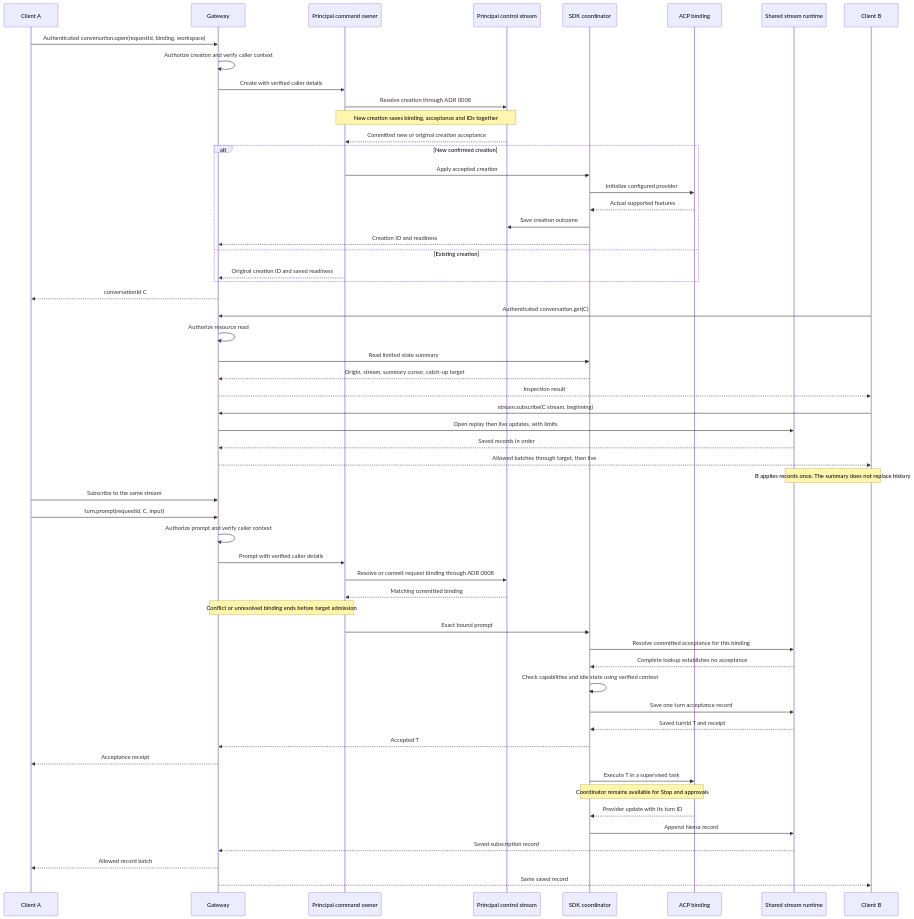
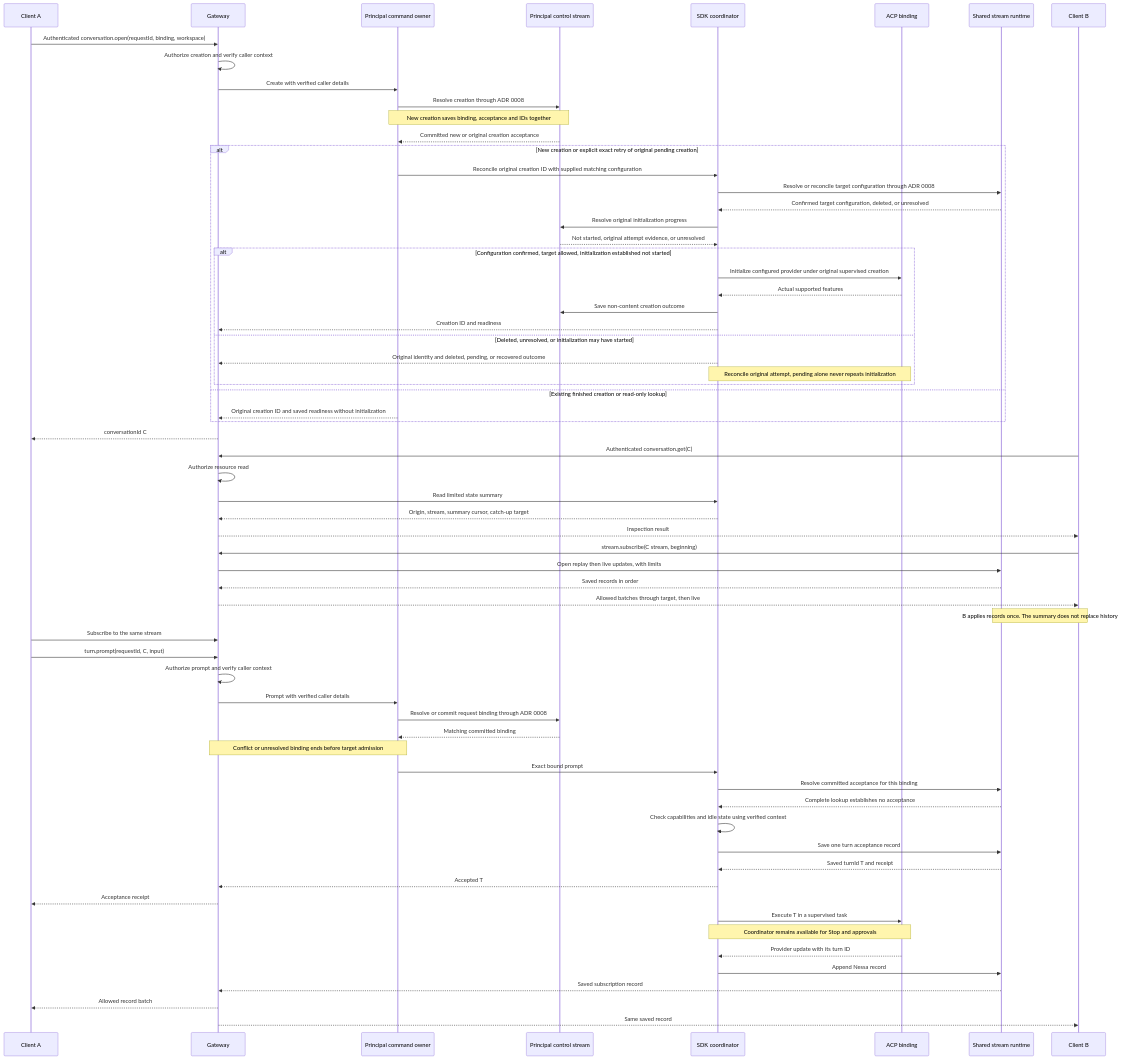
Before and after one commit to nessalabs/nessa-agent: the second of 4 diagrams in docs/design/collaboration-sequences-and-mcp.md, drawn with Mermaid. The commit also changed 4 other files, not shown here.

First line of the commit message:
docs(sync): retain request identity without erased conversation content

````diff
--- a/docs/design/collaboration-sequences-and-mcp.md
+++ b/docs/design/collaboration-sequences-and-mcp.md
@@ -46,59 +46,68 @@
 ```mermaid
 sequenceDiagram
     participant A as Client A
     participant G as Gateway
     participant I as Principal command owner
     participant K as Principal control stream
     participant R as SDK coordinator
     participant P as ACP binding
     participant S as Shared stream runtime
     participant B as Client B
     A->>G: Authenticated conversation.open(requestId, binding, workspace)
     G->>G: Authorize creation and verify caller context
     G->>I: Create with verified caller details
     I->>K: Resolve creation through ADR 0008
     Note over I,K: New creation saves binding, acceptance and IDs together
     K-->>I: Committed new or original creation acceptance
-    alt New confirmed creation
-        I->>R: Apply accepted creation
-        R->>P: Initialize configured provider
-        P-->>R: Actual supported features
-        R->>K: Save creation outcome
-        R-->>G: Creation ID and readiness
-    else Existing creation
-        I-->>G: Original creation ID and saved readiness
+    alt New creation or explicit exact retry of original pending creation
+        I->>R: Reconcile original creation ID with supplied matching configuration
+        R->>S: Resolve or reconcile target configuration through ADR 0008
+        S-->>R: Confirmed target configuration, deleted, or unresolved
+        R->>K: Resolve original initialization progress
+        K-->>R: Not started, original attempt evidence, or unresolved
+        alt Configuration confirmed, target allowed, initialization established not started
+            R->>P: Initialize configured provider under original supervised creation
+            P-->>R: Actual supported features
+            R->>K: Save non-content creation outcome
+            R-->>G: Creation ID and readiness
+        else Deleted, unresolved, or initialization may have started
+            R-->>G: Original identity and deleted, pending, or recovered outcome
+            Note over R,P: Reconcile original attempt, pending alone never repeats initialization
+        end
+    else Existing finished creation or read-only lookup
+        I-->>G: Original creation ID and saved readiness without initialization
     end
     G-->>A: conversationId C
     B->>G: Authenticated conversation.get(C)
     G->>G: Authorize resource read
     G->>R: Read limited state summary
     R-->>G: Origin, stream, summary cursor, catch-up target
     G-->>B: Inspection result
     B->>G: stream.subscribe(C stream, beginning)
     G->>S: Open replay then live updates, with limits
     S-->>G: Saved records in order
     G-->>B: Allowed batches through target, then live
     Note over B,S: B applies records once. The summary does not replace history
     A->>G: Subscribe to the same stream
     A->>G: turn.prompt(requestId, C, input)
     G->>G: Authorize prompt and verify caller context
     G->>I: Prompt with verified caller details
     I->>K: Resolve or commit request binding through ADR 0008
     K-->>I: Matching committed binding
     Note over G,I: Conflict or unresolved binding ends before target admission
     I->>R: Exact bound prompt
     R->>S: Resolve committed acceptance for this binding
     S-->>R: Complete lookup establishes no acceptance
     R->>R: Check capabilities and idle state using verified context
     R->>S: Save one turn acceptance record
     S-->>R: Saved turnId T and receipt
     R-->>G: Accepted T
     G-->>A: Acceptance receipt
     R->>P: Execute T in a supervised task
     Note over R,P: Coordinator remains available for Stop and approvals
     P-->>R: Provider update with its turn ID
     R->>S: Append Nessa record
     S-->>G: Saved subscription record
     G-->>A: Allowed record batch
     G-->>B: Same saved record
 ```
````
